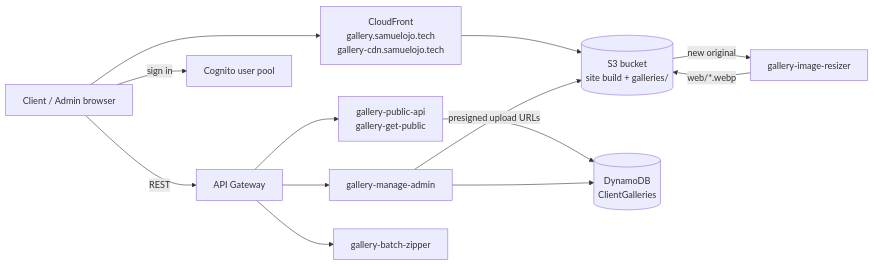
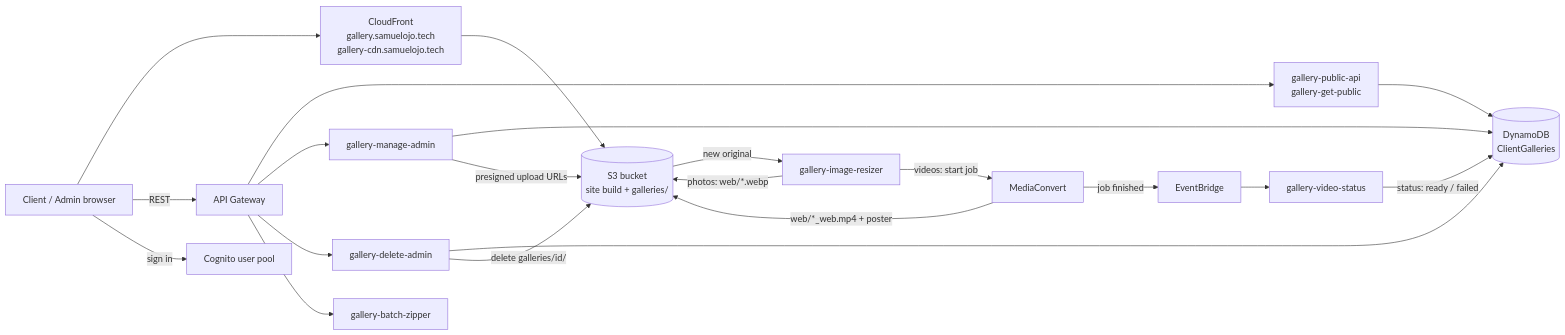
One commit to SamuelMojo/Client-Gallery changed the diagram in README.md. Above: the diagram before and after it, drawn with Mermaid. The commit also changed other lines of this file and 15 other files, not shown here.

````diff
--- a/README.md
+++ b/README.md
@@ -9,14 +9,21 @@
 ```mermaid
 flowchart LR
     U[Client / Admin browser] --> CF[CloudFront<br/>gallery.samuelojo.tech<br/>gallery-cdn.samuelojo.tech]
     CF --> S3[(S3 bucket<br/>site build + galleries/)]
     U -->|REST| APIGW[API Gateway]
     U -->|sign in| COG[Cognito user pool]
     APIGW --> L1[gallery-public-api<br/>gallery-get-public]
     APIGW --> L2[gallery-manage-admin]
+    APIGW --> L5[gallery-delete-admin]
     APIGW --> L3[gallery-batch-zipper]
-    L1 & L2 --> DDB[(DynamoDB<br/>ClientGalleries)]
+    L1 & L2 & L5 --> DDB[(DynamoDB<br/>ClientGalleries)]
     L2 -->|presigned upload URLs| S3
+    L5 -->|delete galleries/id/| S3
     S3 -->|new original| L4[gallery-image-resizer]
-    L4 -->|web/*.webp| S3
+    L4 -->|photos: web/*.webp| S3
+    L4 -->|videos: start job| MC[MediaConvert]
+    MC -->|web/*_web.mp4 + poster| S3
+    MC -->|job finished| EB[EventBridge]
+    EB --> L6[gallery-video-status]
+    L6 -->|status: ready / failed| DDB
 ```
````
